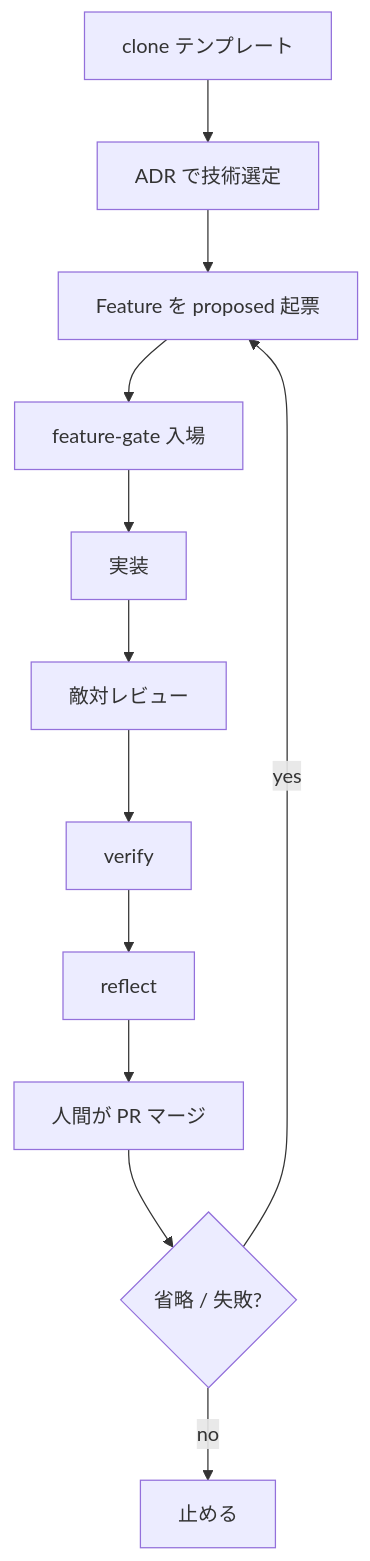
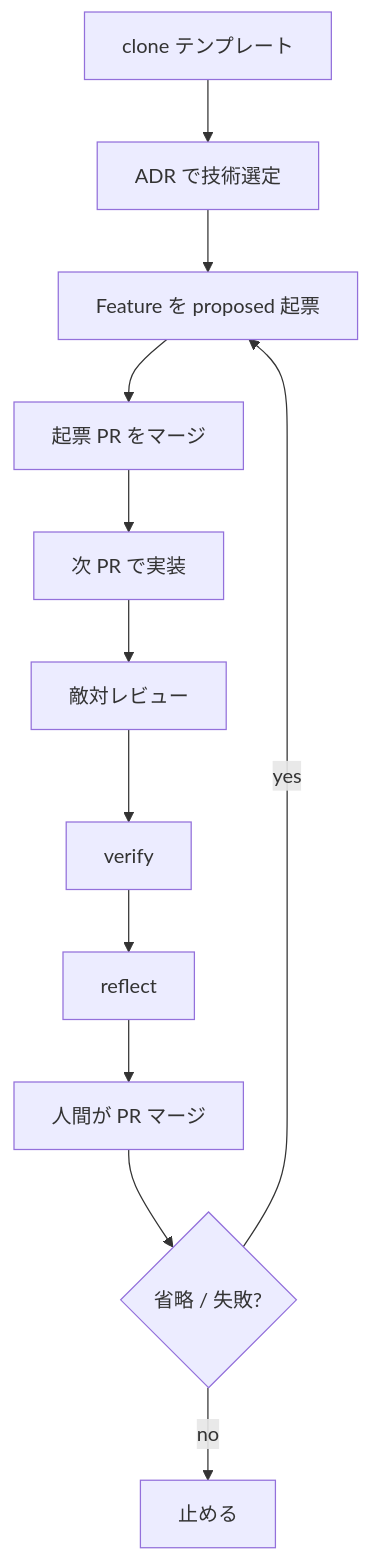
Before and after one commit to marumo333/cursor-harness: the second of 2 diagrams in README.md, drawn with Mermaid. The commit also changed 15 other files, not shown here.

````diff
--- a/README.md
+++ b/README.md
@@ -31,14 +31,14 @@
 ```mermaid
 flowchart TD
   clone["clone テンプレート"] --> adr["ADR で技術選定"]
   adr --> feat["Feature を proposed 起票"]
-  feat --> gate["feature-gate 入場"]
-  gate --> impl["実装"]
+  feat --> merge1["起票 PR をマージ"]
+  merge1 --> impl["次 PR で実装"]
   impl --> review["敵対レビュー"]
   review --> verify["verify"]
   verify --> reflect["reflect"]
   reflect --> pr["人間が PR マージ"]
   pr --> cycle{"省略 / 失敗?"}
   cycle -->|yes| feat
   cycle -->|no| stop["止める"]
 ```
````
